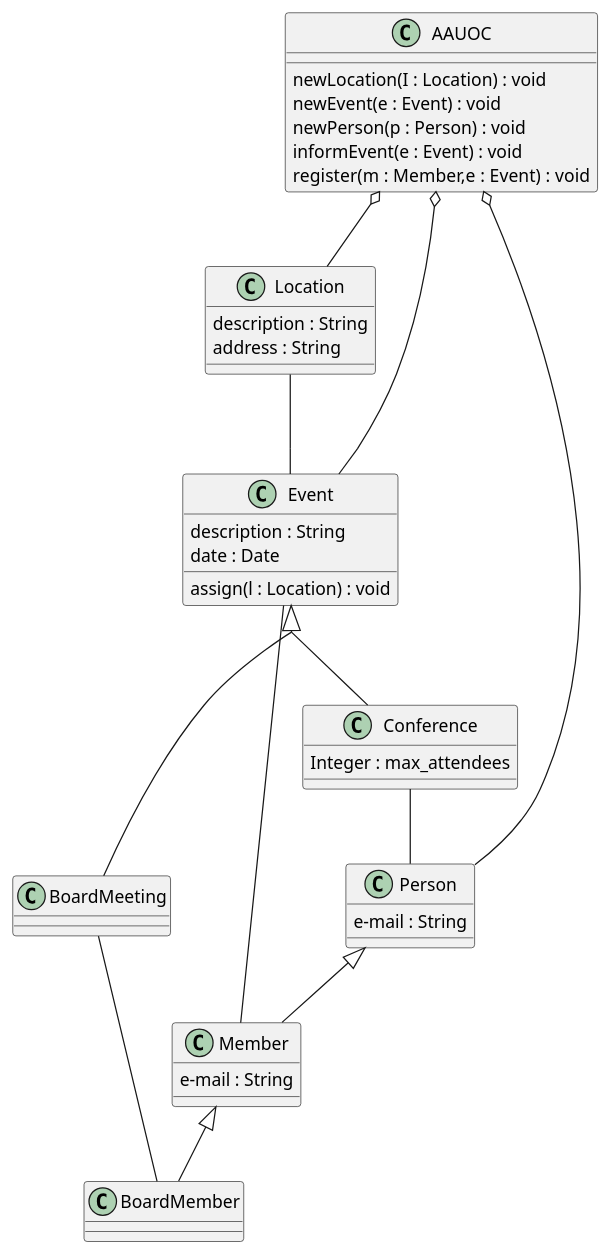
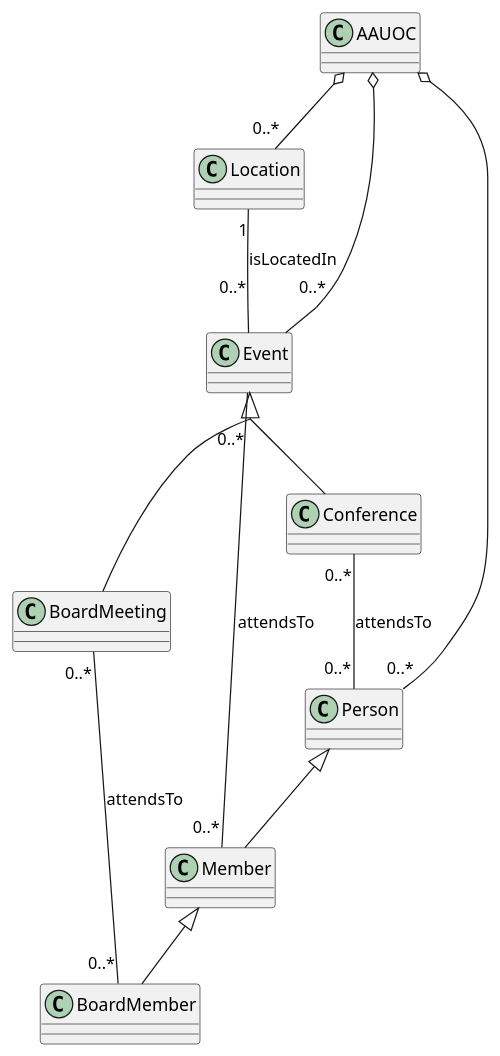
Before and after one commit to vicbermad/DiagramasUMLClases: the diagram in src/DiagramasUMLClases.puml, drawn with PlantUML.

Commit message:
Inclusión de la cardinalidad y navegabilidad de las relaciones.

```diff
--- a/src/DiagramasUMLClases.puml
+++ b/src/DiagramasUMLClases.puml
@@ -1,54 +1,47 @@
 @startuml
 skinparam groupInheritance 2
 
 class Member {
-    e-mail : String
+
 }
 
 Class BoardMember
 
 Class Event {
-    description : String
-    date : Date
-    assign(l : Location) : void
+
 }
 
 Class Conference {
-    Integer : max_attendees
+
 }
 
 Class BoardMeeting
 
 Class Location{
-    description : String
-    address : String
+
 }
 
 Class Person{
-    e-mail : String
+
 }
 
 Class AAUOC {
-    newLocation(I : Location) : void
-    newEvent(e : Event) : void
-    newPerson(p : Person) : void
-    informEvent(e : Event) : void
-    register(m : Member,e : Event) : void
+
 }
 
 Event <|-- Conference
 Event <|-- BoardMeeting
 
 Person <|-- Member
 Member <|-- BoardMember
 
-AAUOC o-- Person
-AAUOC o-- Location
-AAUOC o-- Event
+AAUOC o-- "0..*" Person
+AAUOC o-- "0..*" Location
+AAUOC o-- "0..*"Event
 
-Location -- Event
-Event -- Member
+Location "1" -- "0..*" Event : isLocatedIn
+Event "0..*" -- "0..*" Member : attendsTo
 
-BoardMeeting -- BoardMember
-Conference -- Person
+BoardMeeting "0..*" -- "0..*" BoardMember : attendsTo
+Conference "0..*" -- "0..*" Person : attendsTo
 @enduml
```
